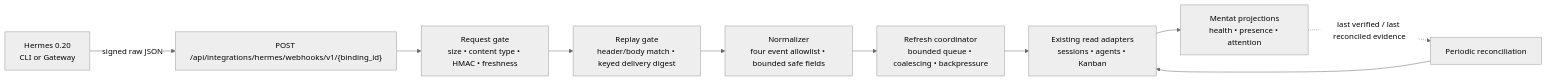
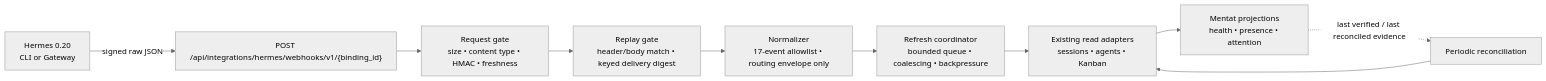
One commit to hazeion/agent-os changed the diagram in MILESTONE_9_WEBHOOK_IMPLEMENTATION_PLAN.md. Above: the diagram before and after it, drawn with Mermaid (neutral theme). The commit also changed other lines of this file and 29 other files, not shown here.

````diff
--- a/MILESTONE_9_WEBHOOK_IMPLEMENTATION_PLAN.md
+++ b/MILESTONE_9_WEBHOOK_IMPLEMENTATION_PLAN.md
@@ -99,16 +104,16 @@
 ```mermaid
 flowchart LR
     H["Hermes 0.20\nCLI or Gateway"]
     E["POST /api/integrations/hermes/webhooks/v1/{binding_id}"]
     V["Request gate\nsize • content type • HMAC • freshness"]
     D["Replay gate\nheader/body match • keyed delivery digest"]
-    N["Normalizer\nfour event allowlist • bounded safe fields"]
+    N["Normalizer\n17-event allowlist • routing envelope only"]
     Q["Refresh coordinator\nbounded queue • coalescing • backpressure"]
     A["Existing read adapters\nsessions • agents • Kanban"]
     P["Mentat projections\nhealth • presence • attention"]
     R["Periodic reconciliation"]
 
     H -->|"signed raw JSON"| E --> V --> D --> N --> Q --> A --> P
     R --> A
     P -. "last verified / last reconciled evidence" .-> R
 ```
````
